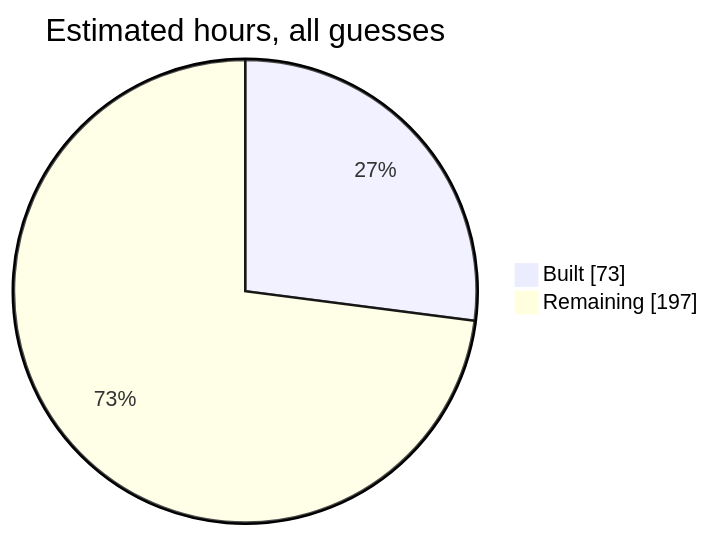
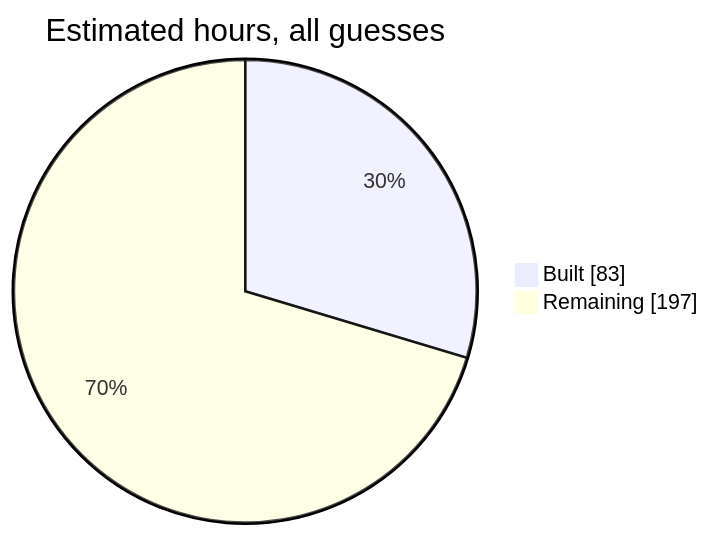
Before and after one commit to SumanthVarma798/GNSS-Constellation-Health-Monitoring-System: the second of 5 diagrams in docs/system-design.md, drawn with Mermaid. The commit also changed other lines of this file and 12 other files, not shown here.

````diff
--- a/docs/system-design.md
+++ b/docs/system-design.md
@@ -72,5 +72,5 @@
 ```mermaid
 pie showData title Estimated hours, all guesses
-  "Built" : 73
+  "Built" : 83
   "Remaining" : 197
 ```
````
